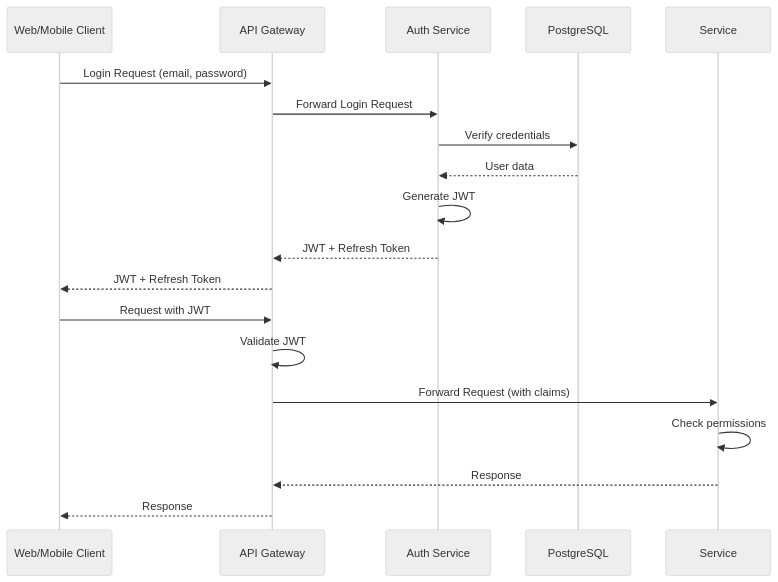
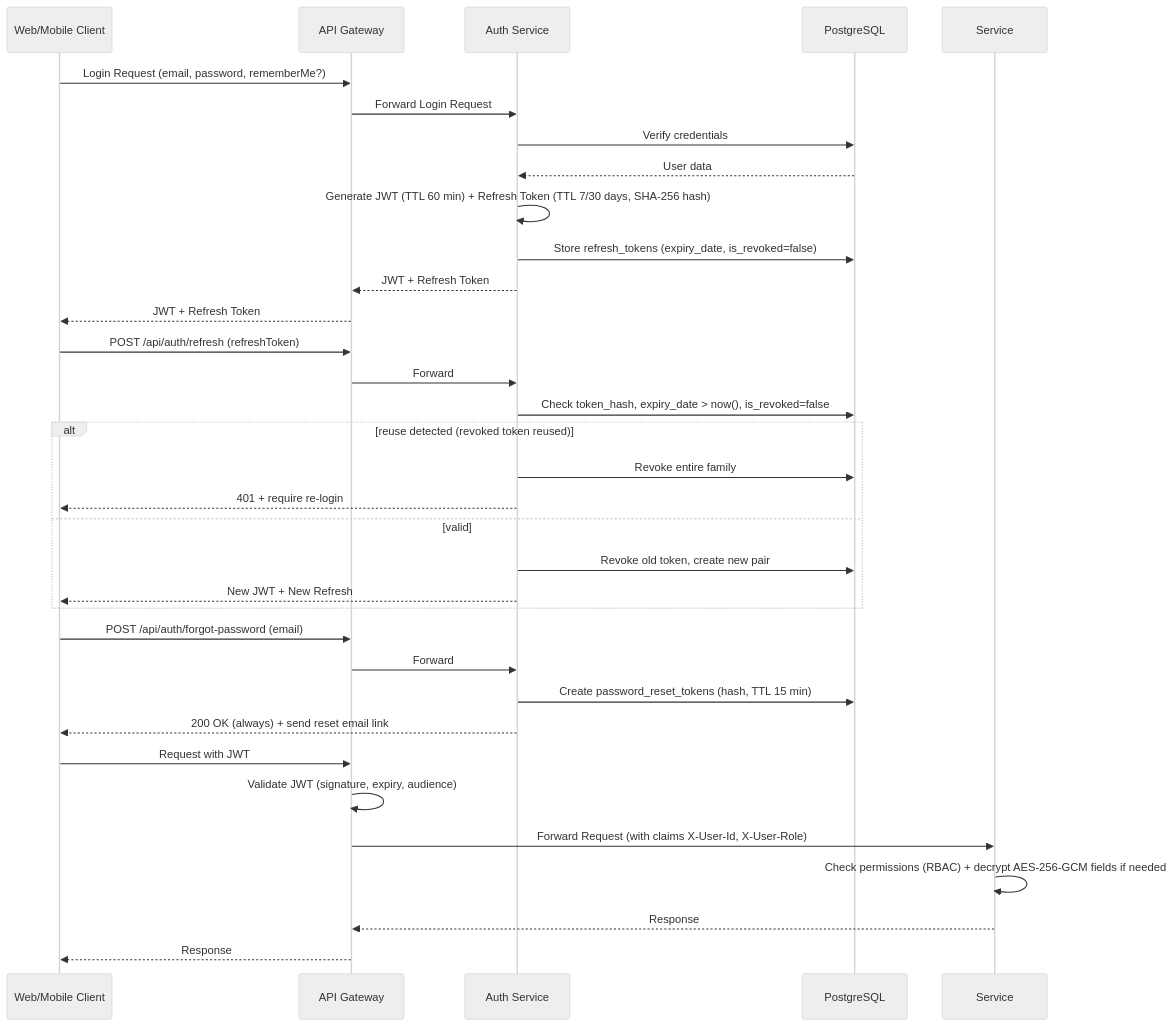
Before and after one commit to dut-pbl6-2026/job-platform-docs: the tenth of 11 diagrams in docs/srs/en/8-system-architecture.md, drawn with Mermaid (neutral theme). The commit also changed other lines of this file and 11 other files, not shown here.

````diff
--- a/docs/srs/en/8-system-architecture.md
+++ b/docs/srs/en/8-system-architecture.md
@@ -546,22 +559,39 @@
 ```mermaid
 sequenceDiagram
     participant Client as Web/Mobile Client
     participant Gateway as API Gateway
     participant Auth as Auth Service
     participant DB as PostgreSQL
 
-    Client->>Gateway: Login Request (email, password)
+    Client->>Gateway: Login Request (email, password, rememberMe?)
     Gateway->>Auth: Forward Login Request
     Auth->>DB: Verify credentials
     DB-->>Auth: User data
-    Auth->>Auth: Generate JWT
+    Auth->>Auth: Generate JWT (TTL 60 min) + Refresh Token (TTL 7/30 days, SHA-256 hash)
+    Auth->>DB: Store refresh_tokens (expiry_date, is_revoked=false)
     Auth-->>Gateway: JWT + Refresh Token
     Gateway-->>Client: JWT + Refresh Token
 
+    Client->>Gateway: POST /api/auth/refresh (refreshToken)
+    Gateway->>Auth: Forward
+    Auth->>DB: Check token_hash, expiry_date > now(), is_revoked=false
+    alt reuse detected (revoked token reused)
+        Auth->>DB: Revoke entire family
+        Auth-->>Client: 401 + require re-login
+    else valid
+        Auth->>DB: Revoke old token, create new pair
+        Auth-->>Client: New JWT + New Refresh
+    end
+
+    Client->>Gateway: POST /api/auth/forgot-password (email)
+    Gateway->>Auth: Forward
+    Auth->>DB: Create password_reset_tokens (hash, TTL 15 min)
+    Auth-->>Client: 200 OK (always) + send reset email link
+
     Client->>Gateway: Request with JWT
-    Gateway->>Gateway: Validate JWT
-    Gateway->>Service: Forward Request (with claims)
-    Service->>Service: Check permissions
+    Gateway->>Gateway: Validate JWT (signature, expiry, audience)
+    Gateway->>Service: Forward Request (with claims X-User-Id, X-User-Role)
+    Service->>Service: Check permissions (RBAC) + decrypt AES-256-GCM fields if needed
     Service-->>Gateway: Response
     Gateway-->>Client: Response
 ```
````
